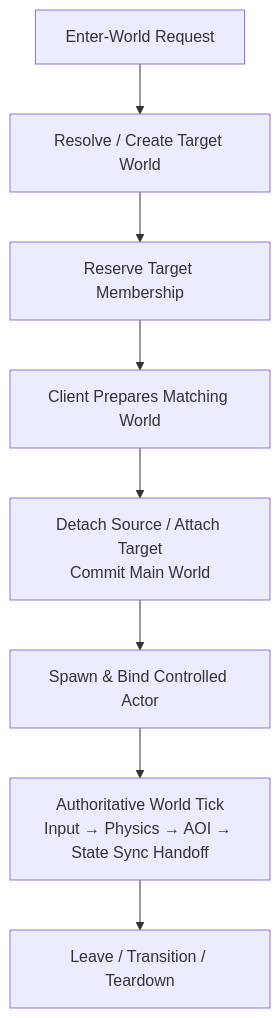
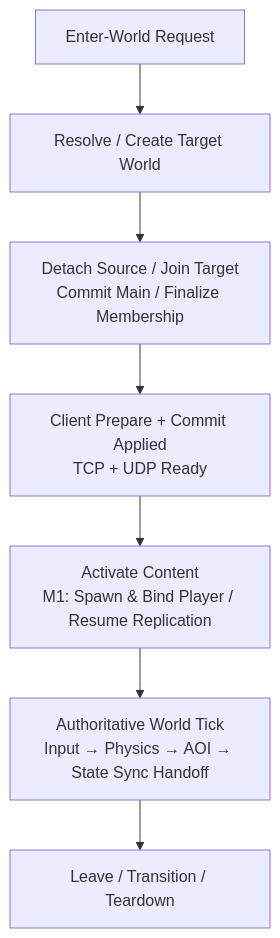
Before and after one commit to akxotjr/akxotjr.github.io: the diagram in content/Projects/Jam/Game World/index.md, drawn with Mermaid. The commit also changed other lines of this file and 34 other files, not shown here.

````diff
--- a/content/Projects/Jam/Game World/index.md
+++ b/content/Projects/Jam/Game World/index.md
@@ -25,14 +38,13 @@
 ```mermaid
 flowchart TD
 
     Enter["Enter-World Request"]
     Target["Resolve / Create Target World"]
-    Reserve["Reserve Target Membership"]
-    Prepare["Client Prepares Matching World"]
-    Commit["Detach Source / Attach Target<br/>Commit Main World"]
-    Actor["Spawn & Bind Controlled Actor"]
+    Commit["Detach Source / Join Target<br/>Commit Main / Finalize Membership"]
+    Prepare["Client Prepare + Commit Applied<br/>TCP + UDP Ready"]
+    Actor["Activate Content<br/>M1: Spawn & Bind Player / Resume Replication"]
     Tick["Authoritative World Tick<br/>Input → Physics → AOI → State Sync Handoff"]
     Exit["Leave / Transition / Teardown"]
 
-    Enter --> Target --> Reserve --> Prepare --> Commit --> Actor --> Tick --> Exit
+    Enter --> Target --> Commit --> Prepare --> Actor --> Tick --> Exit
 ```
````
